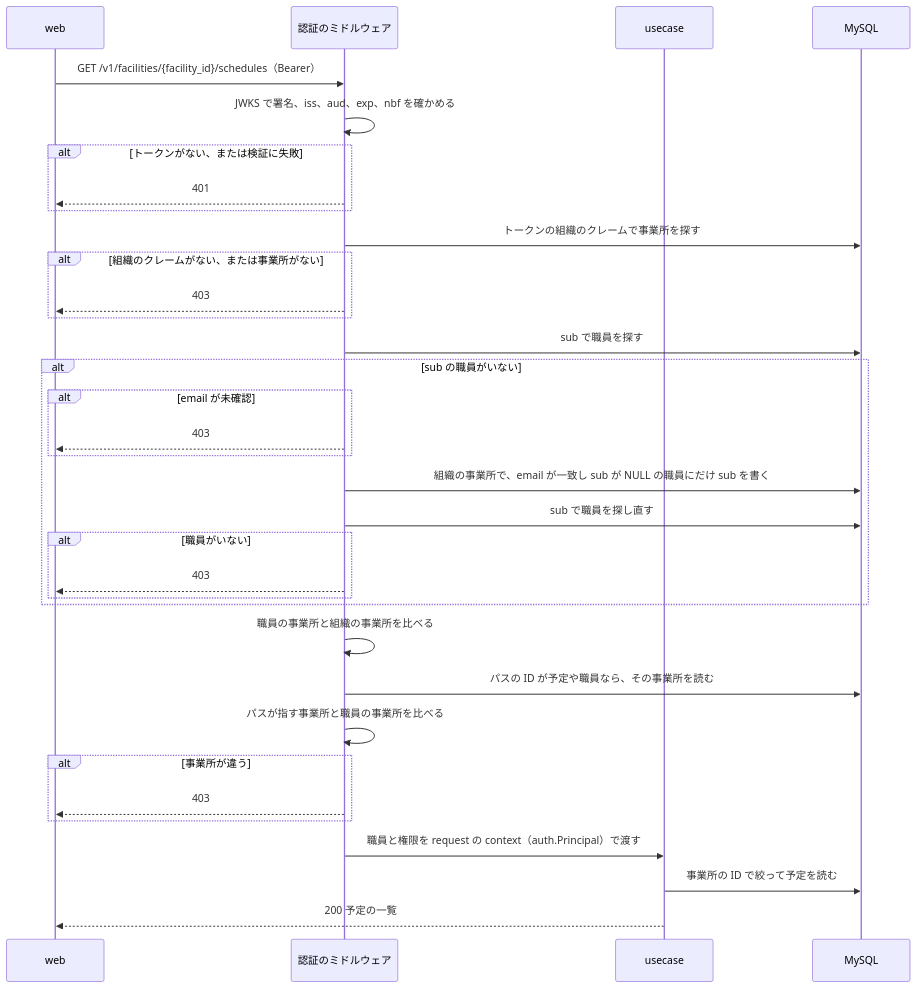
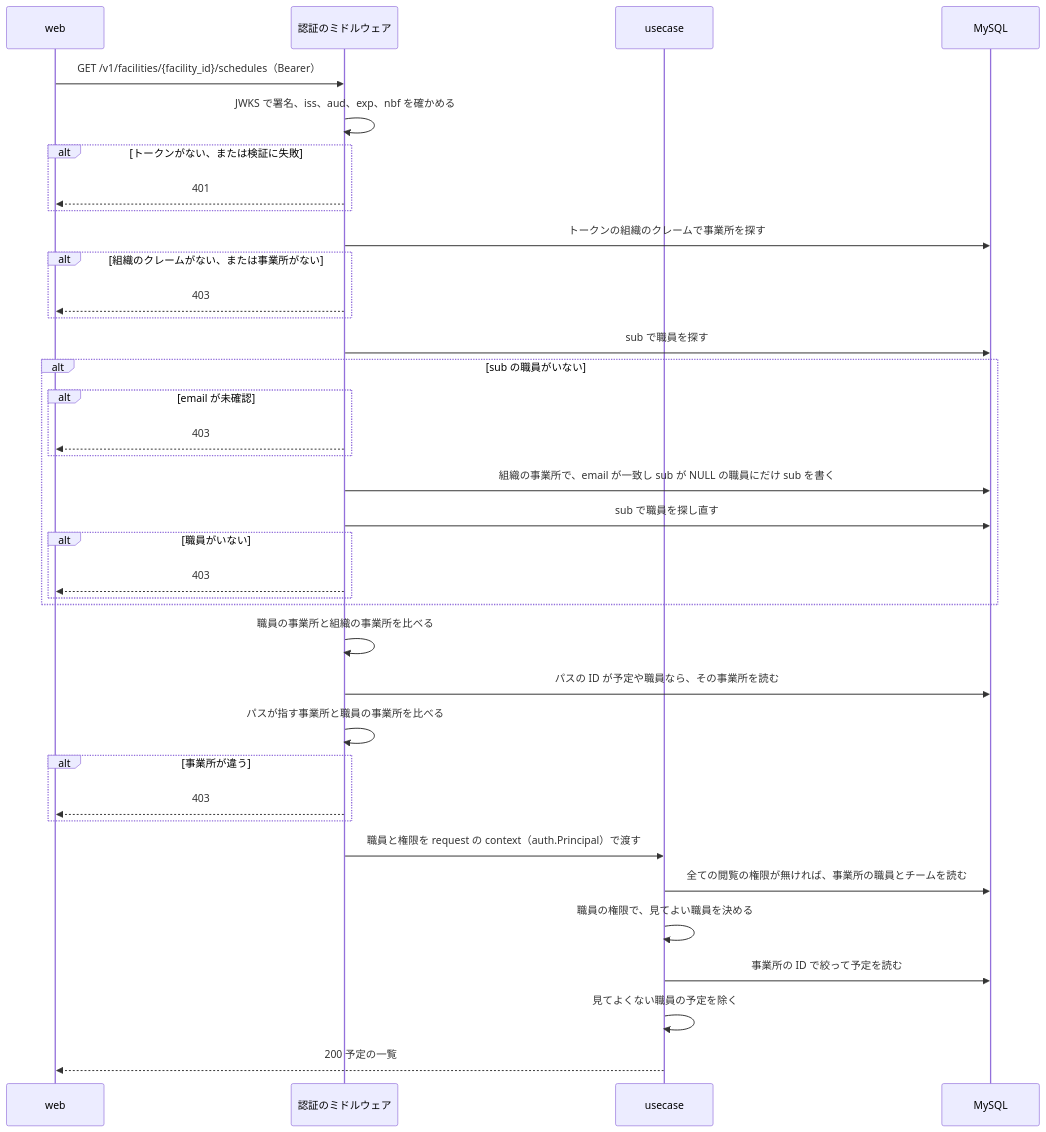
The second of 2 diagrams in apps/schedule-api/DesignDoc.md (Fukuemon/buddy), drawn with Mermaid before and after one commit. The commit also changed other lines of this file and 2 other files, not shown here.

````diff
--- a/apps/schedule-api/DesignDoc.md
+++ b/apps/schedule-api/DesignDoc.md
@@ -254,37 +254,40 @@
 ```mermaid
 sequenceDiagram
   participant W as web
   participant M as 認証のミドルウェア
   participant U as usecase
   participant DB as MySQL
 
   W->>M: GET /v1/facilities/{facility_id}/schedules（Bearer）
   M->>M: JWKS で署名、iss、aud、exp、nbf を確かめる
   alt トークンがない、または検証に失敗
     M-->>W: 401
   end
   M->>DB: トークンの組織のクレームで事業所を探す
   alt 組織のクレームがない、または事業所がない
     M-->>W: 403
   end
   M->>DB: sub で職員を探す
   alt sub の職員がいない
     alt email が未確認
       M-->>W: 403
     end
     M->>DB: 組織の事業所で、email が一致し sub が NULL の職員にだけ sub を書く
     M->>DB: sub で職員を探し直す
     alt 職員がいない
       M-->>W: 403
     end
   end
   M->>M: 職員の事業所と組織の事業所を比べる
   M->>DB: パスの ID が予定や職員なら、その事業所を読む
   M->>M: パスが指す事業所と職員の事業所を比べる
   alt 事業所が違う
     M-->>W: 403
   end
   M->>U: 職員と権限を request の context（auth.Principal）で渡す
+  U->>DB: 全ての閲覧の権限が無ければ、事業所の職員とチームを読む
+  U->>U: 職員の権限で、見てよい職員を決める
   U->>DB: 事業所の ID で絞って予定を読む
+  U->>U: 見てよくない職員の予定を除く
   U-->>W: 200 予定の一覧
 ```
````
